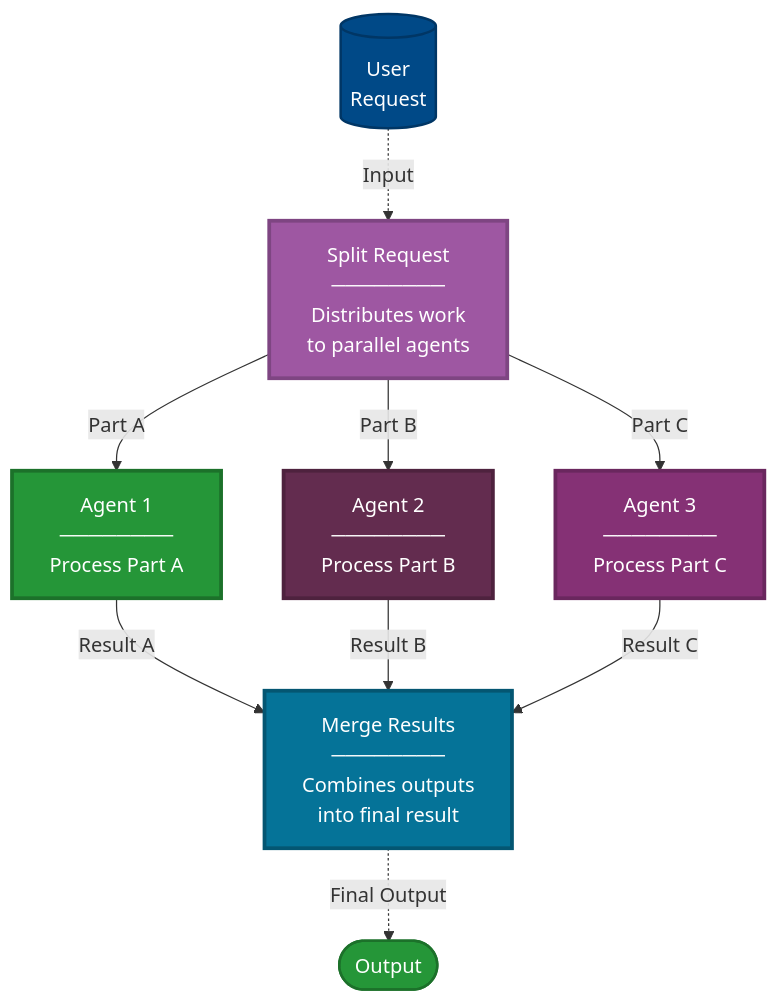
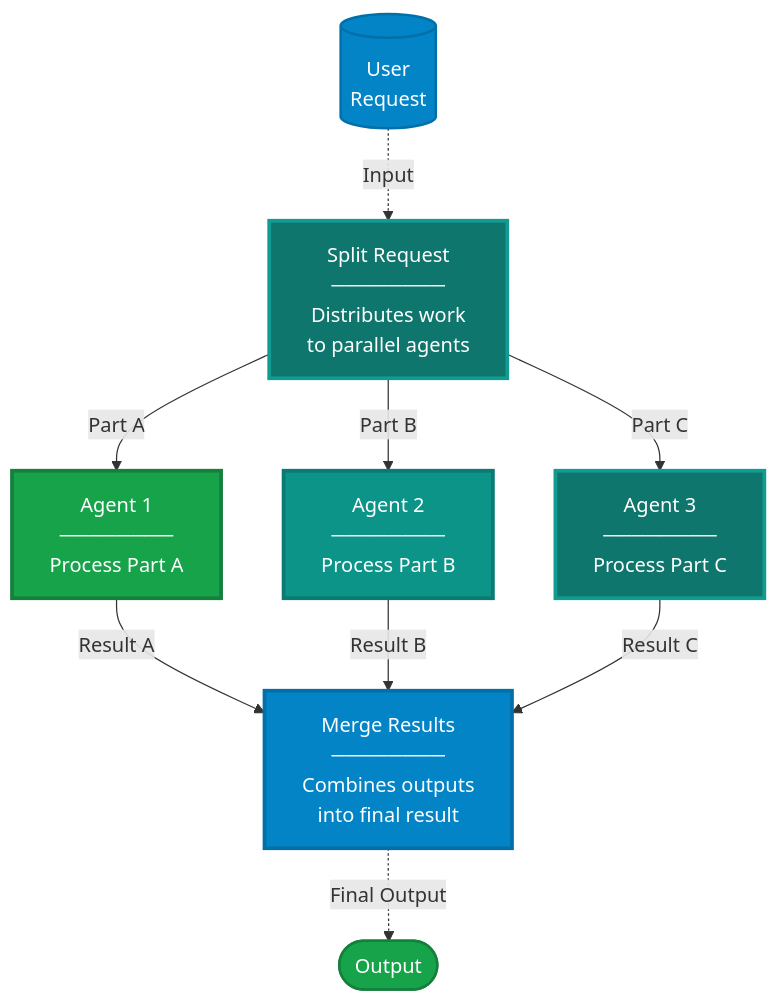
The fifth of 6 diagrams in docs/patterns/design-patterns.md (nitin27may/ai-resources), drawn with Mermaid before and after one commit. The commit also changed other lines of this file and 84 other files, not shown here.

````diff
--- a/docs/patterns/design-patterns.md
+++ b/docs/patterns/design-patterns.md
@@ -231,31 +230,31 @@
 ```mermaid
 flowchart TD
     User[("User<br/>Request")]
     Split["Split Request<br/>────────<br/>Distributes work<br/>to parallel agents"]
     
     A1["Agent 1<br/>────────<br/>Process Part A"]
     A2["Agent 2<br/>────────<br/>Process Part B"]
     A3["Agent 3<br/>────────<br/>Process Part C"]
     
     Merge["Merge Results<br/>────────<br/>Combines outputs<br/>into final result"]
     End([Output])
     
     User -.->|Input| Split
     Split -->|Part A| A1
     Split -->|Part B| A2
     Split -->|Part C| A3
     
     A1 -->|Result A| Merge
     A2 -->|Result B| Merge
     A3 -->|Result C| Merge
     
     Merge -.->|Final Output| End
     
-    style User fill:#004987,stroke:#003665,stroke-width:2px,color:#fff
-    style Split fill:#9E57A2,stroke:#7E4582,stroke-width:3px,color:#fff
-    style A1 fill:#259638,stroke:#1C712A,stroke-width:3px,color:#fff
-    style A2 fill:#632C4F,stroke:#4E223E,stroke-width:3px,color:#fff
-    style A3 fill:#853175,stroke:#6A275E,stroke-width:3px,color:#fff
-    style Merge fill:#057398,stroke:#045672,stroke-width:3px,color:#fff
-    style End fill:#259638,stroke:#1C712A,stroke-width:2px,color:#fff
+    style User fill:#0284c7,stroke:#0270a8,stroke-width:2px,color:#fff
+    style Split fill:#0f766e,stroke:#119b91,stroke-width:3px,color:#fff
+    style A1 fill:#16a34a,stroke:#15803d,stroke-width:3px,color:#fff
+    style A2 fill:#0d9488,stroke:#0b7a72,stroke-width:3px,color:#fff
+    style A3 fill:#0f766e,stroke:#119b91,stroke-width:3px,color:#fff
+    style Merge fill:#0284c7,stroke:#0270a8,stroke-width:3px,color:#fff
+    style End fill:#16a34a,stroke:#15803d,stroke-width:2px,color:#fff
 ```
````
